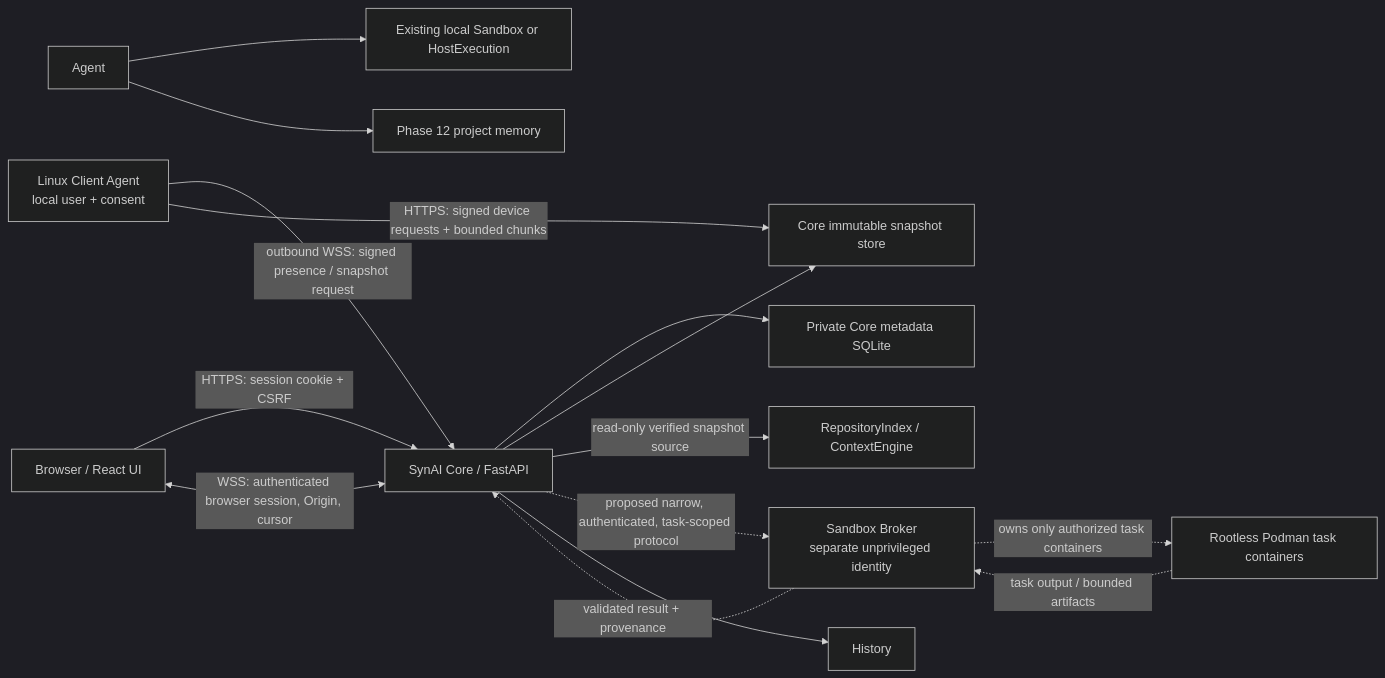
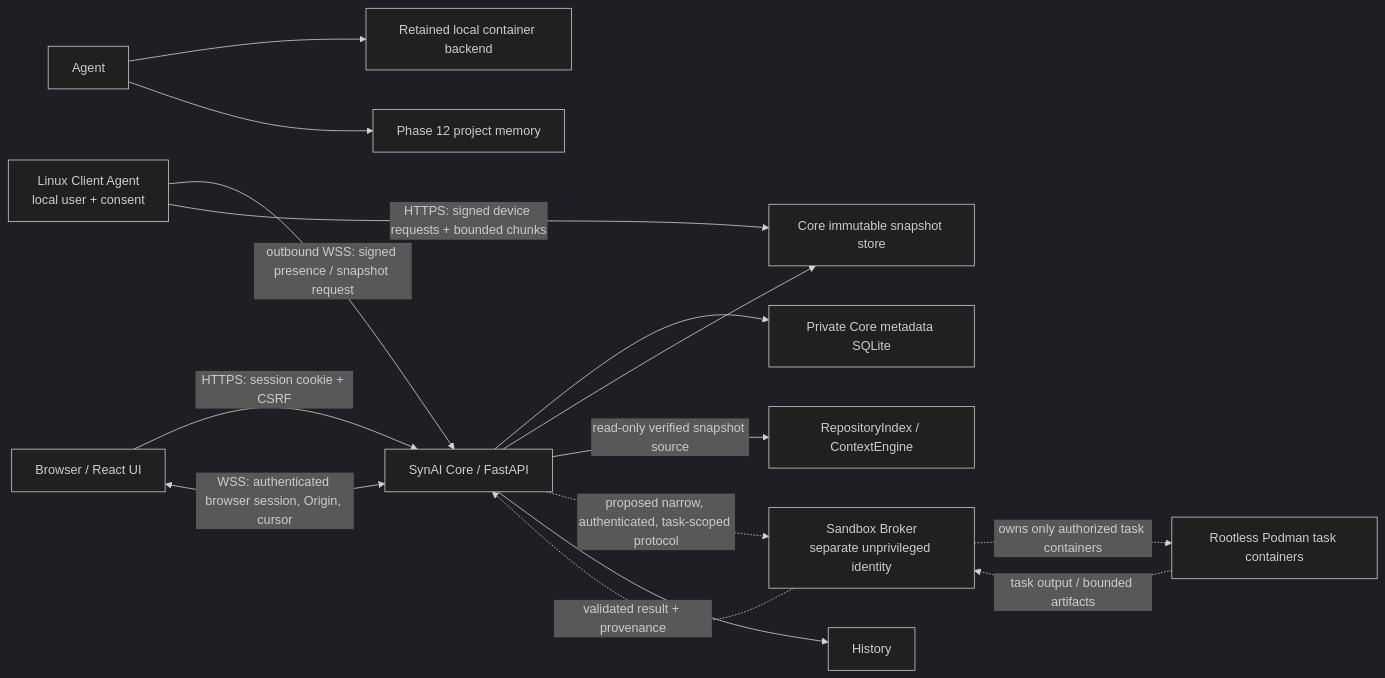
Before and after one commit to bswiat1218/SynAI: the diagram in docs/architecture/synai-2.0.md, drawn with Mermaid (dark theme). The commit also changed other lines of this file and 21 other files, not shown here.

````diff
--- a/docs/architecture/synai-2.0.md
+++ b/docs/architecture/synai-2.0.md
@@ -61,19 +57,19 @@
 ```mermaid
 flowchart LR
     Browser["Browser / React UI"] -->|"HTTPS: session cookie + CSRF"| Core["SynAI Core / FastAPI"]
     Browser <-->|"WSS: authenticated browser session, Origin, cursor"| Core
     Client["Linux Client Agent\nlocal user + consent"] -->|"outbound WSS: signed presence / snapshot request"| Core
     Client -->|"HTTPS: signed device requests + bounded chunks"| Store["Core immutable snapshot store"]
     Core --> Meta["Private Core metadata SQLite"]
     Core --> Store
     Core -->|"read-only verified snapshot source"| Index["RepositoryIndex / ContextEngine"]
     Core -. "proposed narrow, authenticated, task-scoped protocol" .-> Broker["Sandbox Broker\nseparate unprivileged identity"]
     Broker -. "owns only authorized task containers" .-> Runtime["Rootless Podman task containers"]
     Runtime -. "task output / bounded artifacts" .-> Broker
     Broker -. "validated result + provenance" .-> Core
     
-    Agent --> LocalExec["Existing local Sandbox or HostExecution"]
+    Agent --> LocalExec["Retained local container backend"]
     Agent --> Memory["Phase 12 project memory"]
 
     Core --> History
 ```
````
